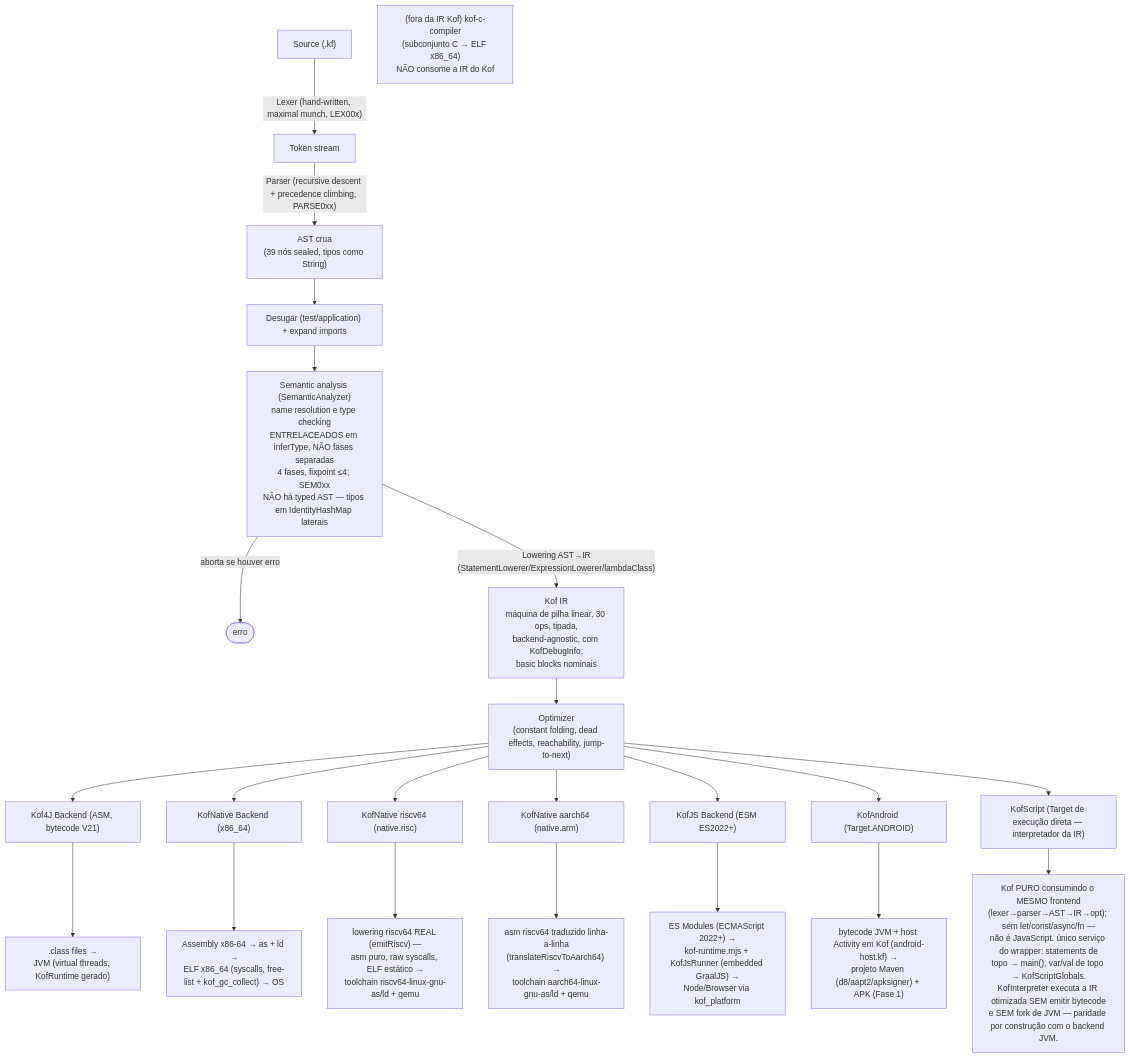
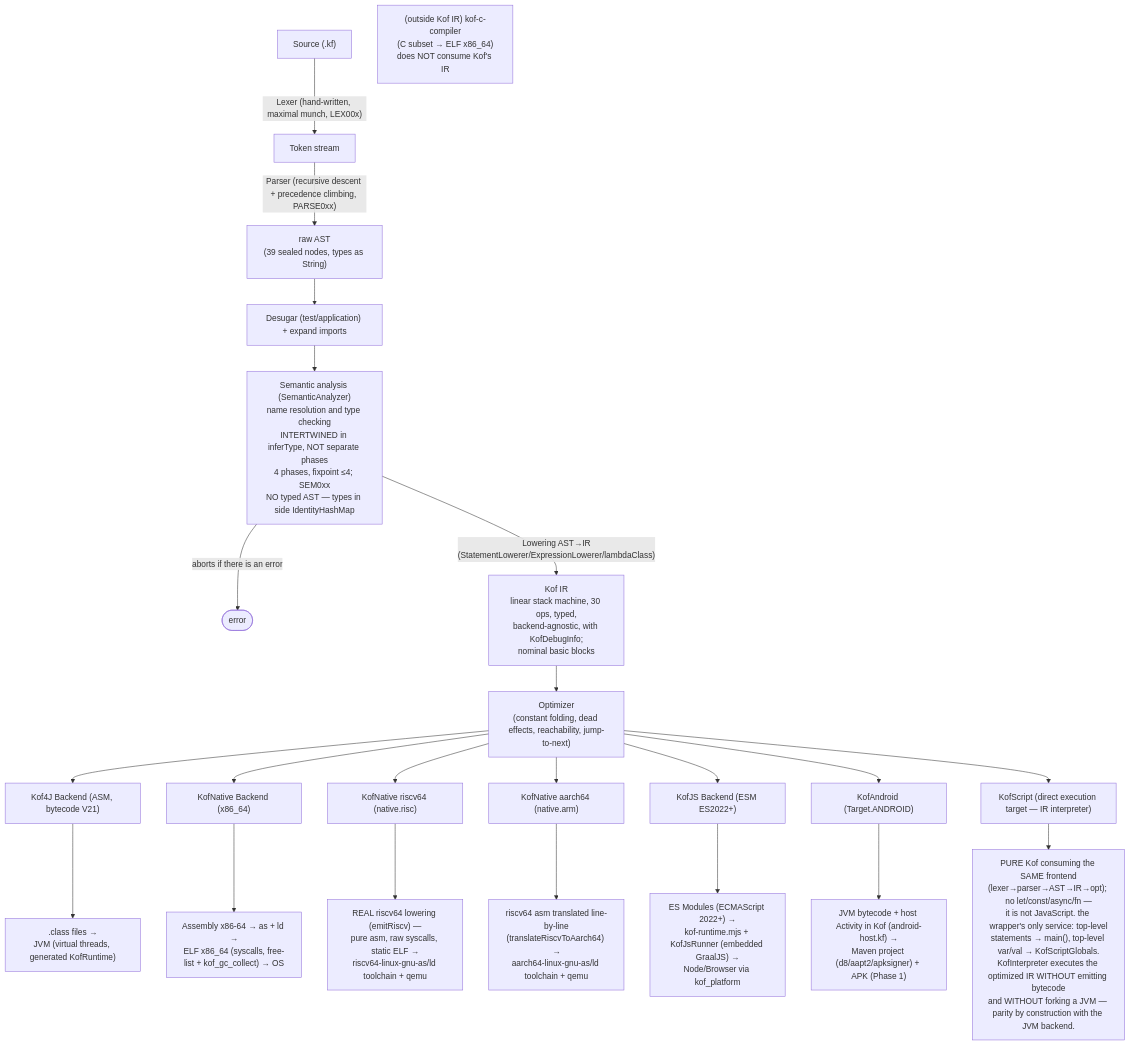
One commit to AHRGO/Kof4j changed the first of 6 diagrams in docs/architecture/architecture.md. Above: the diagram before and after it, drawn with Mermaid. The commit also changed other lines of this file and 226 other files, not shown here.

First line of the commit message:
docs(stabilização): linha de base do gate de release (1819/3-FAIL/7-skip) + §181 residual (-inf) + §189 parseOrDefault cross catalogados — dono = 192.168.100.17

````diff
--- a/docs/architecture/architecture.md
+++ b/docs/architecture/architecture.md
@@ -41,26 +43,26 @@
 ```mermaid
 flowchart TD
     S["Source (.kf)"]
     S -->|"Lexer (hand-written, maximal munch, LEX00x)"| T["Token stream"]
-    T -->|"Parser (recursive descent + precedence climbing, PARSE0xx)"| AST["AST crua<br/>(39 nós sealed, tipos como String)"]
+    T -->|"Parser (recursive descent + precedence climbing, PARSE0xx)"| AST["raw AST<br/>(39 sealed nodes, types as String)"]
     AST --> DES["Desugar (test/application) + expand imports"]
-    DES --> SEM["Semantic analysis (SemanticAnalyzer)<br/>name resolution e type checking<br/>ENTRELACEADOS em inferType, NÃO fases separadas<br/>4 fases, fixpoint ≤4; SEM0xx<br/>NÃO há typed AST — tipos em IdentityHashMap laterais"]
-    SEM -->|"aborta se houver erro"| X([erro])
-    SEM -->|"Lowering AST→IR<br/>(StatementLowerer/ExpressionLowerer/lambdaClass)"| IR["Kof IR<br/>máquina de pilha linear, 30 ops, tipada,<br/>backend-agnostic, com KofDebugInfo;<br/>basic blocks nominais"]
+    DES --> SEM["Semantic analysis (SemanticAnalyzer)<br/>name resolution and type checking<br/>INTERTWINED in inferType, NOT separate phases<br/>4 phases, fixpoint ≤4; SEM0xx<br/>NO typed AST — types in side IdentityHashMap"]
+    SEM -->|"aborts if there is an error"| X([error])
+    SEM -->|"Lowering AST→IR<br/>(StatementLowerer/ExpressionLowerer/lambdaClass)"| IR["Kof IR<br/>linear stack machine, 30 ops, typed,<br/>backend-agnostic, with KofDebugInfo;<br/>nominal basic blocks"]
     IR --> OPT["Optimizer<br/>(constant folding, dead effects, reachability, jump-to-next)"]
     OPT --> JVM["Kof4J Backend (ASM, bytecode V21)"]
-    JVM --> JVMo[".class files →<br/>JVM (virtual threads, KofRuntime gerado)"]
+    JVM --> JVMo[".class files →<br/>JVM (virtual threads, generated KofRuntime)"]
     OPT --> X86["KofNative Backend (x86_64)"]
     X86 --> X86o["Assembly x86-64 → as + ld →<br/>ELF x86_64 (syscalls, free-list + kof_gc_collect) → OS"]
     OPT --> RISC["KofNative riscv64 (native.risc)"]
-    RISC --> RISCo["lowering riscv64 REAL (emitRiscv) —<br/>asm puro, raw syscalls, ELF estático →<br/>toolchain riscv64-linux-gnu-as/ld + qemu"]
+    RISC --> RISCo["REAL riscv64 lowering (emitRiscv) —<br/>pure asm, raw syscalls, static ELF →<br/>riscv64-linux-gnu-as/ld toolchain + qemu"]
     OPT --> ARM["KofNative aarch64 (native.arm)"]
-    ARM --> ARMo["asm riscv64 traduzido linha-a-linha<br/>(translateRiscvToAarch64) →<br/>toolchain aarch64-linux-gnu-as/ld + qemu"]
+    ARM --> ARMo["riscv64 asm translated line-by-line<br/>(translateRiscvToAarch64) →<br/>aarch64-linux-gnu-as/ld toolchain + qemu"]
     OPT --> JS["KofJS Backend (ESM ES2022+)"]
     JS --> JSo["ES Modules (ECMAScript 2022+) →<br/>kof-runtime.mjs + KofJsRunner (embedded GraalJS) →<br/>Node/Browser via kof_platform"]
     OPT --> AND["KofAndroid (Target.ANDROID)"]
-    AND --> ANDo["bytecode JVM + host Activity em Kof (android-host.kf) →<br/>projeto Maven (d8/aapt2/apksigner) + APK (Fase 1)"]
-    OPT --> SCR["KofScript (Target de execução direta — interpretador da IR)"]
-    SCR --> SCRo["Kof PURO consumindo o MESMO frontend<br/>(lexer→parser→AST→IR→opt); sem let/const/async/fn —<br/>não é JavaScript. único serviço do wrapper: statements de<br/>topo → main(), var/val de topo → KofScriptGlobals.<br/>KofInterpreter executa a IR otimizada SEM emitir bytecode<br/>e SEM fork de JVM — paridade por construção com o backend JVM."]
-    C["(fora da IR Kof) kof-c-compiler<br/>(subconjunto C → ELF x86_64)<br/>NÃO consome a IR do Kof"]
+    AND --> ANDo["JVM bytecode + host Activity in Kof (android-host.kf) →<br/>Maven project (d8/aapt2/apksigner) + APK (Phase 1)"]
+    OPT --> SCR["KofScript (direct execution target — IR interpreter)"]
+    SCR --> SCRo["PURE Kof consuming the SAME frontend<br/>(lexer→parser→AST→IR→opt); no let/const/async/fn —<br/>it is not JavaScript. the wrapper's only service: top-level<br/>statements → main(), top-level var/val → KofScriptGlobals.<br/>KofInterpreter executes the optimized IR WITHOUT emitting bytecode<br/>and WITHOUT forking a JVM — parity by construction with the JVM backend."]
+    C["(outside Kof IR) kof-c-compiler<br/>(C subset → ELF x86_64)<br/>does NOT consume Kof's IR"]
 ```
````
